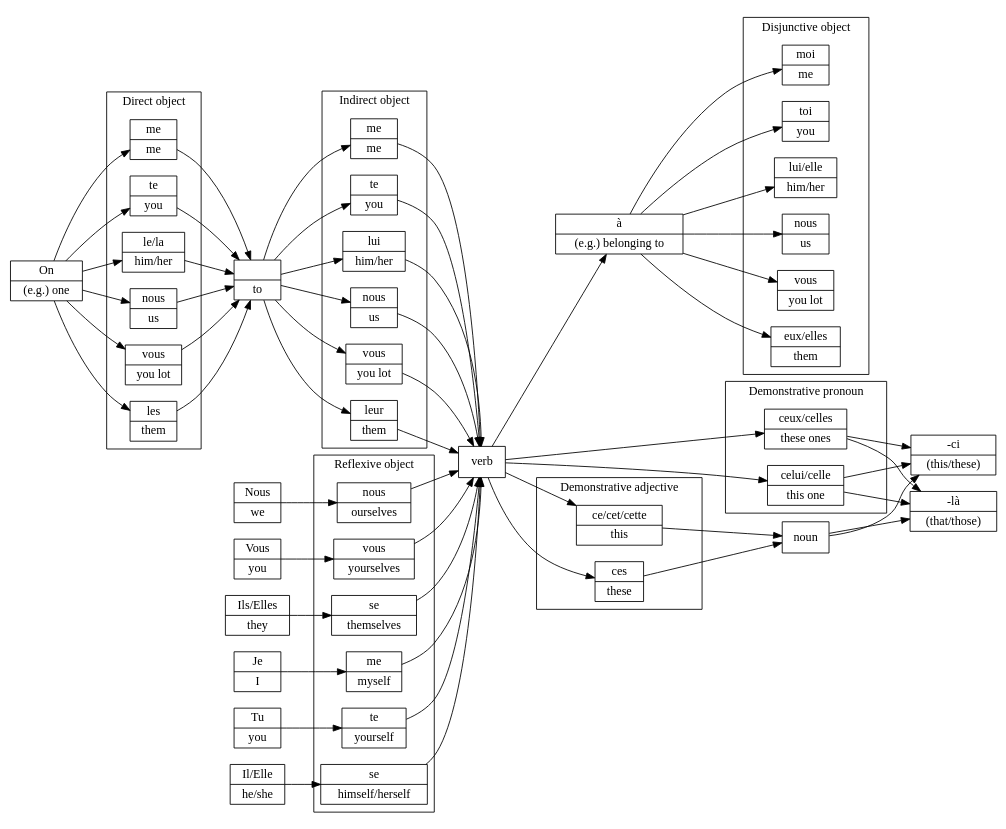
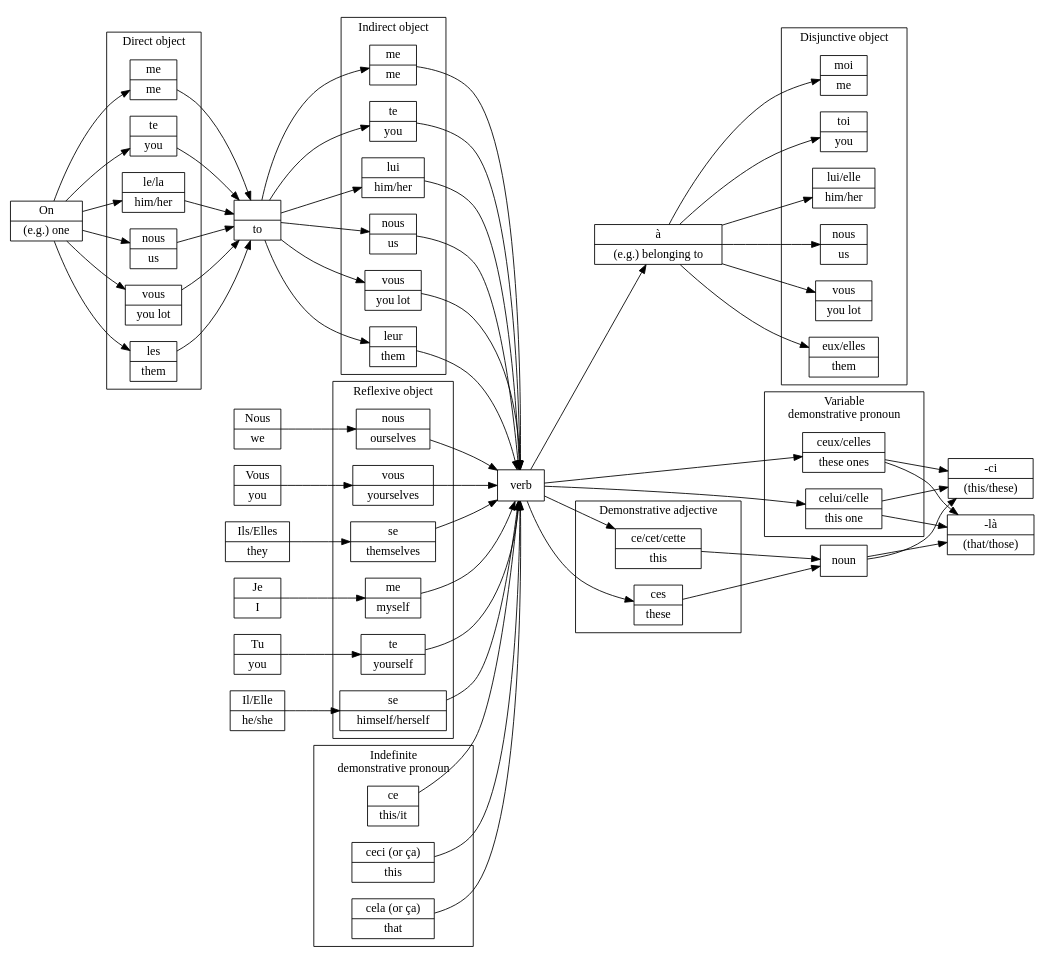
Before and after one commit to pgarner/french: the diagram in pronouns.dot, drawn with Graphviz.

Commit message:
Add ce/ceci/etc

```diff
--- a/pronouns.dot
+++ b/pronouns.dot
@@ -1,140 +1,151 @@
 #
 # French pronoun graph
 # Based on http://www.frenchlanguageguide.com/grammar/pronouns.asp
 #
 # dot is the only one that makes sense for this one
 #
 
 digraph verbs {
   node [shape=record];
   rankdir=LR;
 
   on [label="{On}|{(e.g.) one}"];
 
   # Direct
   subgraph cluster_d {
     label="Direct object";
     d_me [label="{me}|{me}"];
     d_te [label="{te}|{you}"];
     d_le [label="{le/la}|{him/her}"];
     d_nous [label="{nous}|{us}"];
     d_vous [label="{vous}|{you lot}"];
     d_les [label="{les}|{them}"];
   }
   to [label="{}|{to}"];
    on -> d_me
    d_me -> to
    on -> d_te
    d_te -> to
    on -> d_le
    d_le -> to
    on -> d_nous
    d_nous -> to
    on -> d_vous
    d_vous -> to
    on -> d_les
    d_les -> to
 
   # Indirect
   subgraph cluster_i {
     label="Indirect object";
     i_me [label="{me}|{me}"];
     i_te [label="{te}|{you}"];
     i_lui [label="{lui}|{him/her}"];
     i_nous [label="{nous}|{us}"];
     i_vous [label="{vous}|{you lot}"];
     i_leur [label="{leur}|{them}"];
   }
   verb [label="verb"];
    to -> i_me
    i_me -> verb
    to -> i_te
    i_te -> verb
    to -> i_lui
    i_lui -> verb
    to -> i_nous
    i_nous -> verb
    to -> i_vous
    i_vous -> verb
    to -> i_leur
    i_leur -> verb
 
   # Reflexive
   je [label="{Je}|{I}"];
   tu [label="{Tu}|{you}"];
   il [label="{Il/Elle}|{he/she}"];
   nous [label="{Nous}|{we}"];
   vous [label="{Vous}|{you}"];
   ils [label="{Ils/Elles}|{they}"];
   subgraph cluster_r {
     label="Reflexive object";
     r_me [label="{me}|{myself}"];
     r_te [label="{te}|{yourself}"];
     r_se [label="{se}|{himself/herself}"];
     r_nous [label="{nous}|{ourselves}"];
     r_vous [label="{vous}|{yourselves}"];
     r_pse [label="{se}|{themselves}"];
   }
    je -> r_me
    tu -> r_te
    il -> r_se
    nous -> r_nous
    vous -> r_vous
    ils -> r_pse
 
    r_me -> verb
    r_te -> verb
    r_se -> verb
    r_nous -> verb
    r_vous -> verb
    r_pse -> verb   
 
   a [label="{à}|{(e.g.) belonging to}"]
    verb -> a
 
   # Disjunctive
   subgraph cluster_dj {
     label="Disjunctive object";
   dj_moi [label="{moi}|{me}"];
   dj_toi [label="{toi}|{you}"];
   dj_lui [label="{lui/elle}|{him/her}"];
   dj_nous [label="{nous}|{us}"];
   dj_vous [label="{vous}|{you lot}"];
   dj_eux [label="{eux/elles}|{them}"];
 }
    a -> dj_moi
    a -> dj_toi
    a -> dj_lui
    a -> dj_nous
    a -> dj_vous
    a -> dj_eux
 
   # Demonstrative adjectives
   subgraph cluster_da {
     label="Demonstrative adjective";
     da_ce [label="{ce/cet/cette}|{this}"];
     da_ces [label="{ces}|{these}"];
   }
   noun [label="noun"];
    da_ce -> noun
    da_ces -> noun
    verb -> da_ce
    verb -> da_ces
   ci [label="{-ci}|{(this/these)}"];
   là [label="{-là}|{(that/those)}"];
    noun -> ci
    noun -> là
 
-  # Demonstrative pronouns
-  subgraph cluster_dp {
-    label="Demonstrative pronoun";
-    dp_celui [label="{celui/celle}|{this one}"];
-    dp_ceux [label="{ceux/celles}|{these ones}"];
+  # Indefinite demonstrative pronouns
+  subgraph cluster_idp {
+    label="Indefinite\ndemonstrative pronoun";
+    idp_ce [label="{ce}|{this/it}"];
+    idp_ceci [label="{ceci (or ça)}|{this}"];
+    idp_cela [label="{cela (or ça)}|{that}"];
   }
-   dp_celui -> ci
-   dp_celui -> là
-   dp_ceux -> ci
-   dp_ceux -> là
-   verb -> dp_celui
-   verb -> dp_ceux
+   idp_ce -> verb
+   idp_ceci -> verb
+   idp_cela -> verb
+
+  # Variable demonstrative pronouns
+  subgraph cluster_vdp {
+    label="Variable\ndemonstrative pronoun";
+    vdp_celui [label="{celui/celle}|{this one}"];
+    vdp_ceux [label="{ceux/celles}|{these ones}"];
+  }
+   vdp_celui -> ci
+   vdp_celui -> là
+   vdp_ceux -> ci
+   vdp_ceux -> là
+   verb -> vdp_celui
+   verb -> vdp_ceux
 }
```
